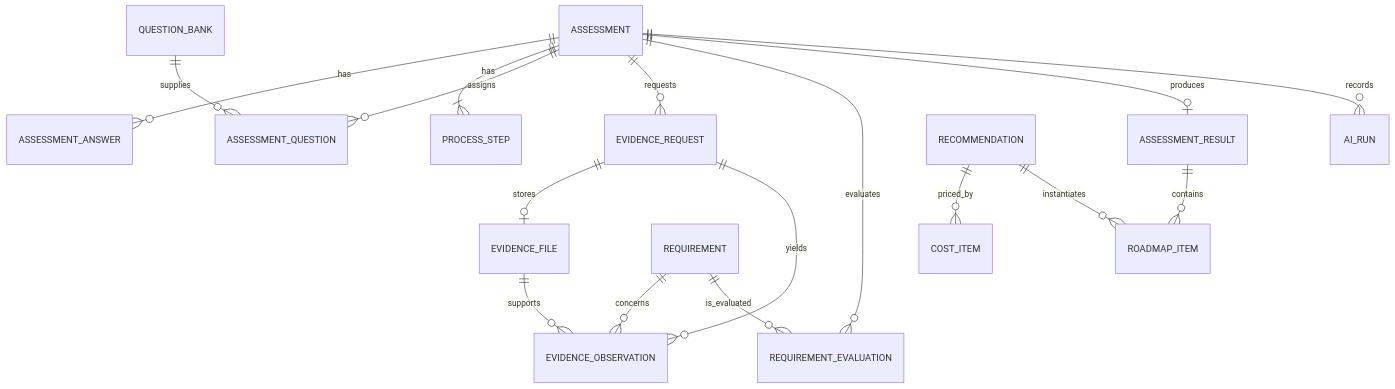
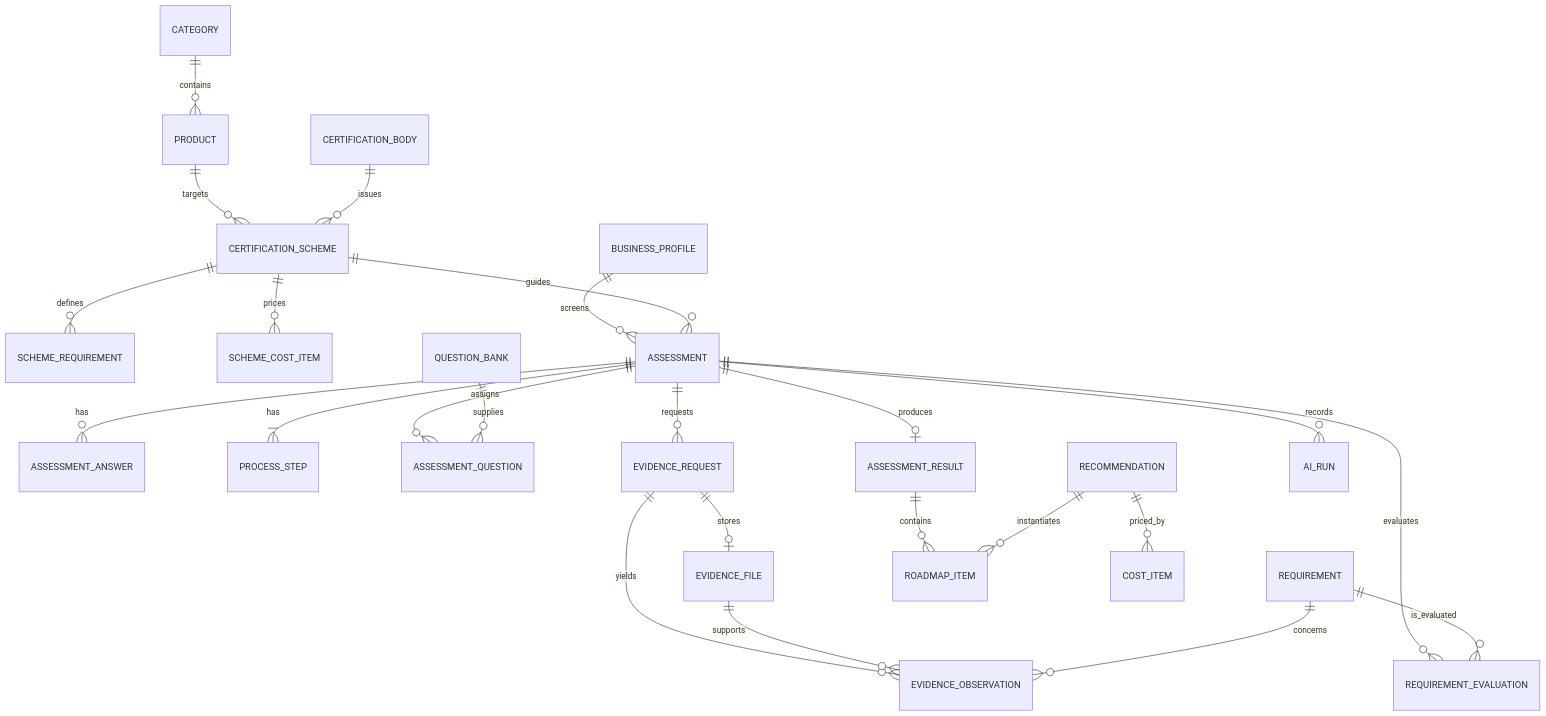
One commit to HirushaSipsara/certifylk changed the diagram in docs/DATA_MODEL.md. Above: the diagram before and after it, drawn with Mermaid. The commit also changed other lines of this file and 33 other files, not shown here.

````diff
--- a/docs/DATA_MODEL.md
+++ b/docs/DATA_MODEL.md
@@ -33,19 +40,26 @@
 ```mermaid
 erDiagram
+  CATEGORY ||--o{ PRODUCT : contains
+  PRODUCT ||--o{ CERTIFICATION_SCHEME : targets
+  CERTIFICATION_BODY ||--o{ CERTIFICATION_SCHEME : issues
+  CERTIFICATION_SCHEME ||--o{ SCHEME_REQUIREMENT : defines
+  CERTIFICATION_SCHEME ||--o{ SCHEME_COST_ITEM : prices
+  BUSINESS_PROFILE ||--o{ ASSESSMENT : screens
+  CERTIFICATION_SCHEME ||--o{ ASSESSMENT : guides
   ASSESSMENT ||--o{ ASSESSMENT_ANSWER : has
   ASSESSMENT ||--|{ PROCESS_STEP : has
   ASSESSMENT ||--o{ ASSESSMENT_QUESTION : assigns
   QUESTION_BANK ||--o{ ASSESSMENT_QUESTION : supplies
   ASSESSMENT ||--o{ EVIDENCE_REQUEST : requests
   EVIDENCE_REQUEST ||--o| EVIDENCE_FILE : stores
   EVIDENCE_REQUEST ||--o{ EVIDENCE_OBSERVATION : yields
   EVIDENCE_FILE ||--o{ EVIDENCE_OBSERVATION : supports
   REQUIREMENT ||--o{ EVIDENCE_OBSERVATION : concerns
   ASSESSMENT ||--o{ REQUIREMENT_EVALUATION : evaluates
   REQUIREMENT ||--o{ REQUIREMENT_EVALUATION : is_evaluated
   ASSESSMENT ||--o| ASSESSMENT_RESULT : produces
   ASSESSMENT_RESULT ||--o{ ROADMAP_ITEM : contains
   RECOMMENDATION ||--o{ COST_ITEM : priced_by
   RECOMMENDATION ||--o{ ROADMAP_ITEM : instantiates
   ASSESSMENT ||--o{ AI_RUN : records
 ```
````
